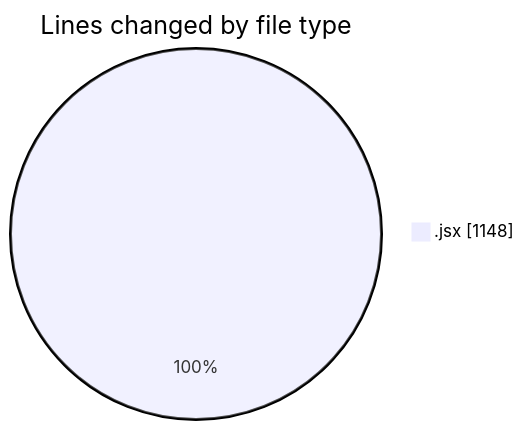
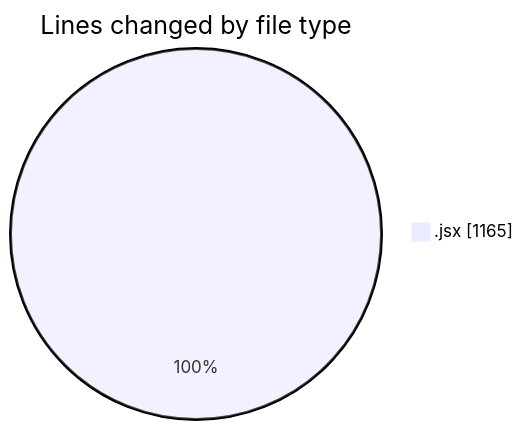
The first of 2 diagrams in 2025-08-22/nxtqube_webapp/README.md (nxtqubesakshisongat/code-tracking), drawn with Mermaid before and after one commit. The commit also changed other lines of this file and 1 other file, not shown here.

````diff
--- a/2025-08-22/nxtqube_webapp/README.md
+++ b/2025-08-22/nxtqube_webapp/README.md
@@ -20,5 +20,5 @@
 ```mermaid
 pie showData
 title Lines changed by file type
-".jsx" : 1148
+".jsx" : 1165
 ```
````
